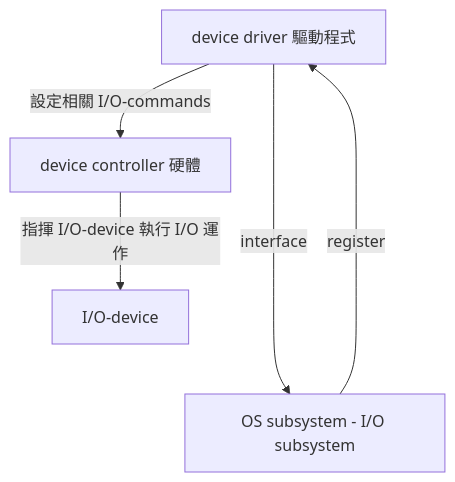
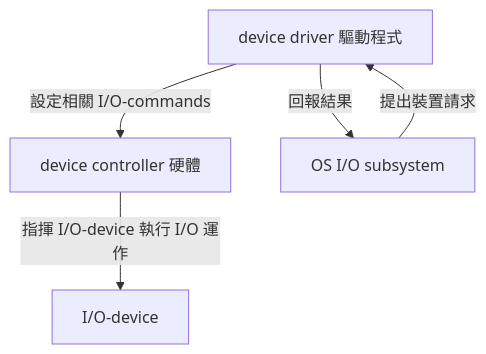
The first of 6 diagrams in content/posts/2022/0drops.2022.0914-[Ch2Ch3]IO、OS 架構、VM.md (kiwijang/kiwijang.github.io), drawn with Mermaid before and after one commit. The commit also changed other lines of this file and 14 other files, not shown here.

Commit message:
Add nested topic sections and VHDL course notes with readable diagrams

````diff
--- a/content/posts/2022/0drops.2022.0914-[Ch2Ch3]IO、OS 架構、VM.md
+++ b/content/posts/2022/0drops.2022.0914-[Ch2Ch3]IO、OS 架構、VM.md
@@ -50,7 +62,7 @@
 ```mermaid
 flowchart TD
     B[device driver 驅動程式] -->|設定相關 I/O-commands| C
     C[device controller 硬體] -->|指揮 I/O-device 執行 I/O 運作| D[I/O-device]
-    B ---->|interface| E[OS subsystem - I/O subsystem]
-    E ---->|register| B
+    E[OS I/O subsystem] -->|提出裝置請求| B
+    B -->|回報結果| E
 ```
````
